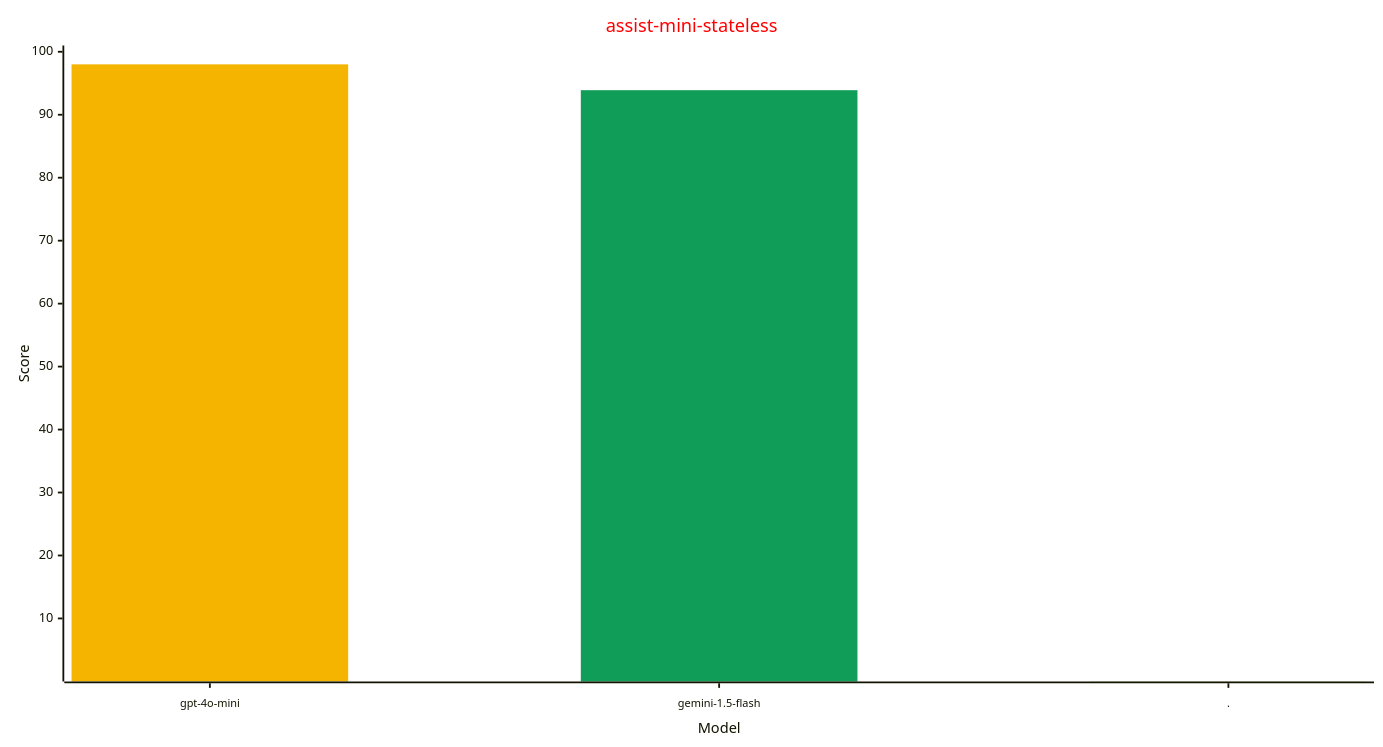
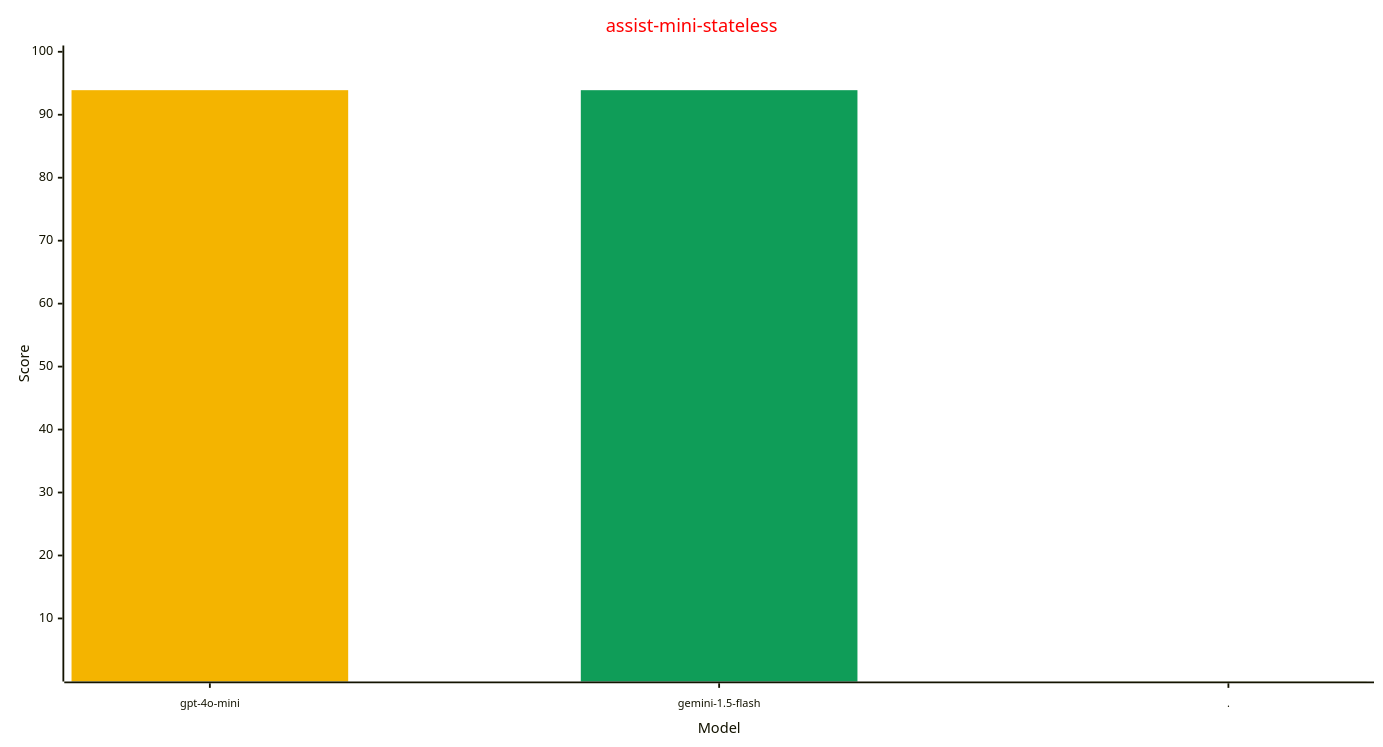
Before and after one commit to allenporter/home-assistant-datasets: the fourth of 4 diagrams in reports/README.md, drawn with Mermaid. The commit also changed other lines of this file and 102 other files, not shown here.

````diff
--- a/reports/README.md
+++ b/reports/README.md
@@ -199,23 +199,23 @@
 ```mermaid
 ---
 config:
     xyChart:
         width: 1500
         height: 800
         xAxis:
           labelFontSize: 12
           labelPadding: 8
     themeVariables:
         xyChart:
             titleColor: "#ff0000"
             plotColorPalette: "#f4b400, #0f9d58, #4285f4"
 
 ---
 xychart-beta
   title "assist-mini-stateless"
   x-axis "Model" [gpt-4o-mini, gemini-1.5-flash, .]
   y-axis "Score" 1 --> 100
-  bar [98.0, 0.0, 0.0]
+  bar [93.9, 0.0, 0.0]
   bar [0.0, 93.9, 0.0]
   bar [0.0, 0.0, -1.0]
 ```
````
